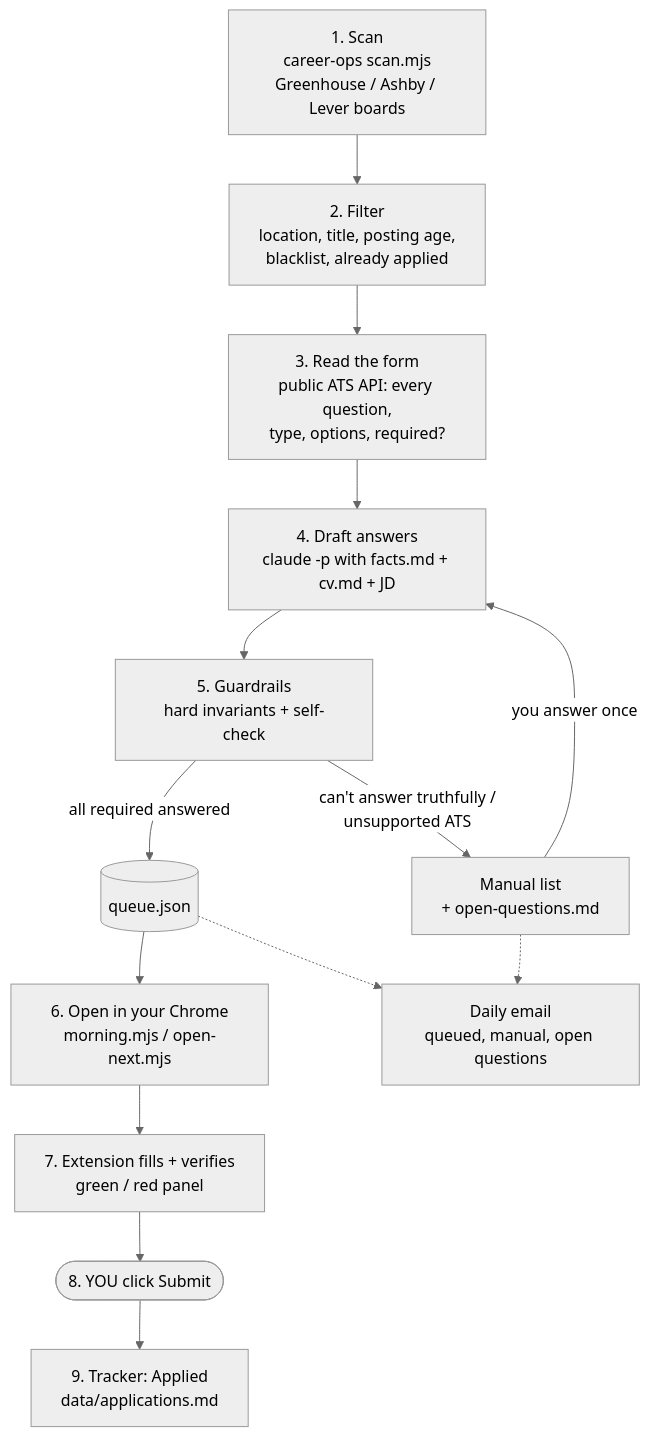
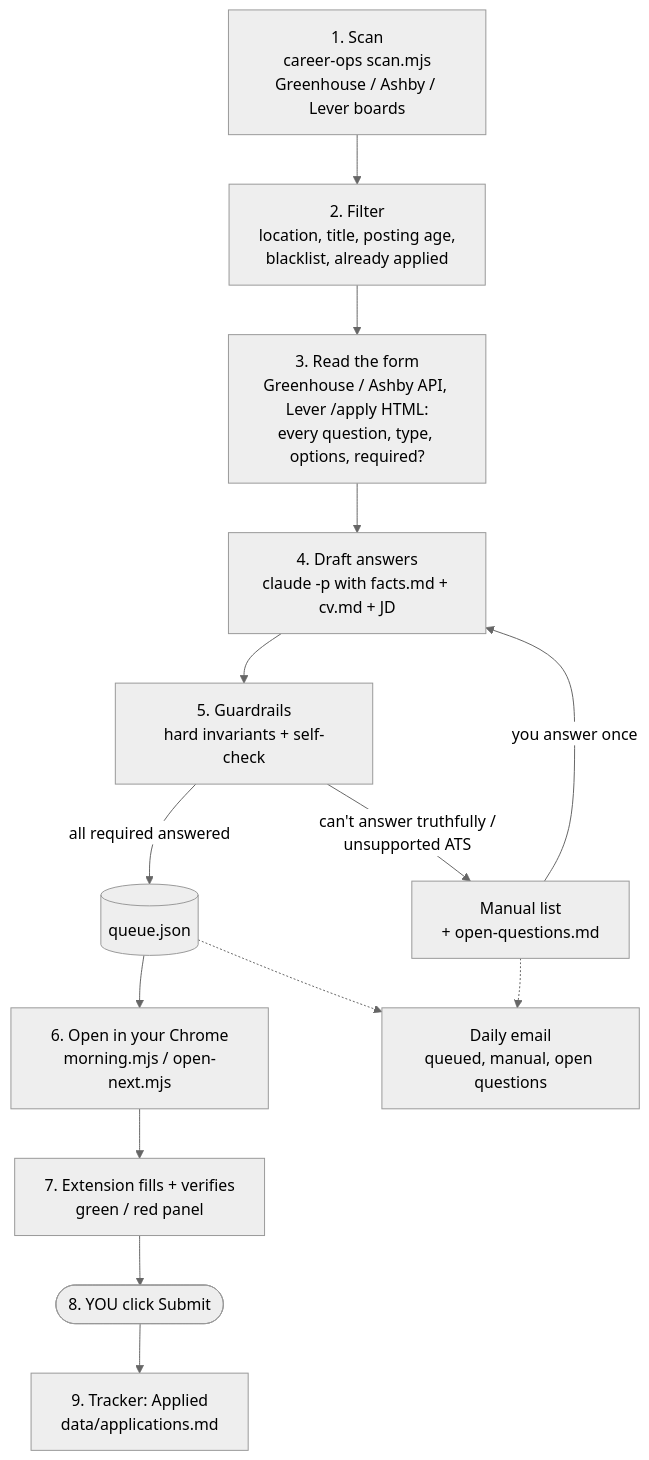
The diagram in README.md (lindseyfeng/career-ops-autofill), drawn with Mermaid (neutral theme) before and after one commit. The commit also changed other lines of this file and 5 other files, not shown here.

Commit message:
Lever support: parse /apply HTML in prepare, fill in extension (location dropdown, EEO by name); offline test on real Lever markup

````diff
--- a/README.md
+++ b/README.md
@@ -13,16 +13,16 @@
 ```mermaid
 flowchart TD
     A["1. Scan<br/>career-ops scan.mjs<br/>Greenhouse / Ashby / Lever boards"] --> B
     B["2. Filter<br/>location, title, posting age,<br/>blacklist, already applied"] --> C
-    C["3. Read the form<br/>public ATS API: every question,<br/>type, options, required?"] --> D
+    C["3. Read the form<br/>Greenhouse / Ashby API, Lever /apply HTML:<br/>every question, type, options, required?"] --> D
     D["4. Draft answers<br/>claude -p with facts.md + cv.md + JD"] --> E
     E["5. Guardrails<br/>hard invariants + self-check"] -->|all required answered| Q[("queue.json")]
     E -->|can't answer truthfully /<br/>unsupported ATS| M["Manual list<br/>+ open-questions.md"]
     M -->|you answer once| D
     Q --> F["6. Open in your Chrome<br/>morning.mjs / open-next.mjs"]
     F --> G["7. Extension fills + verifies<br/>green / red panel"]
     G --> H(["8. YOU click Submit"])
     H --> I["9. Tracker: Applied<br/>data/applications.md"]
     Q -.-> J["Daily email<br/>queued, manual, open questions"]
     M -.-> J
 ```
````
